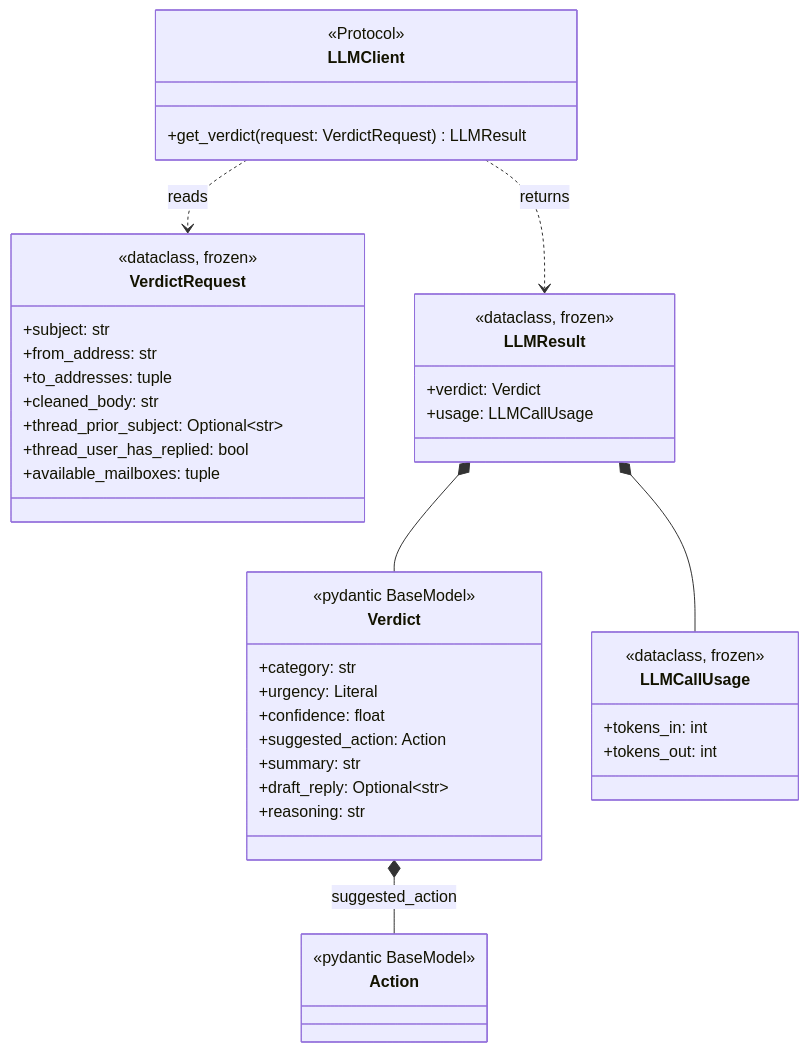
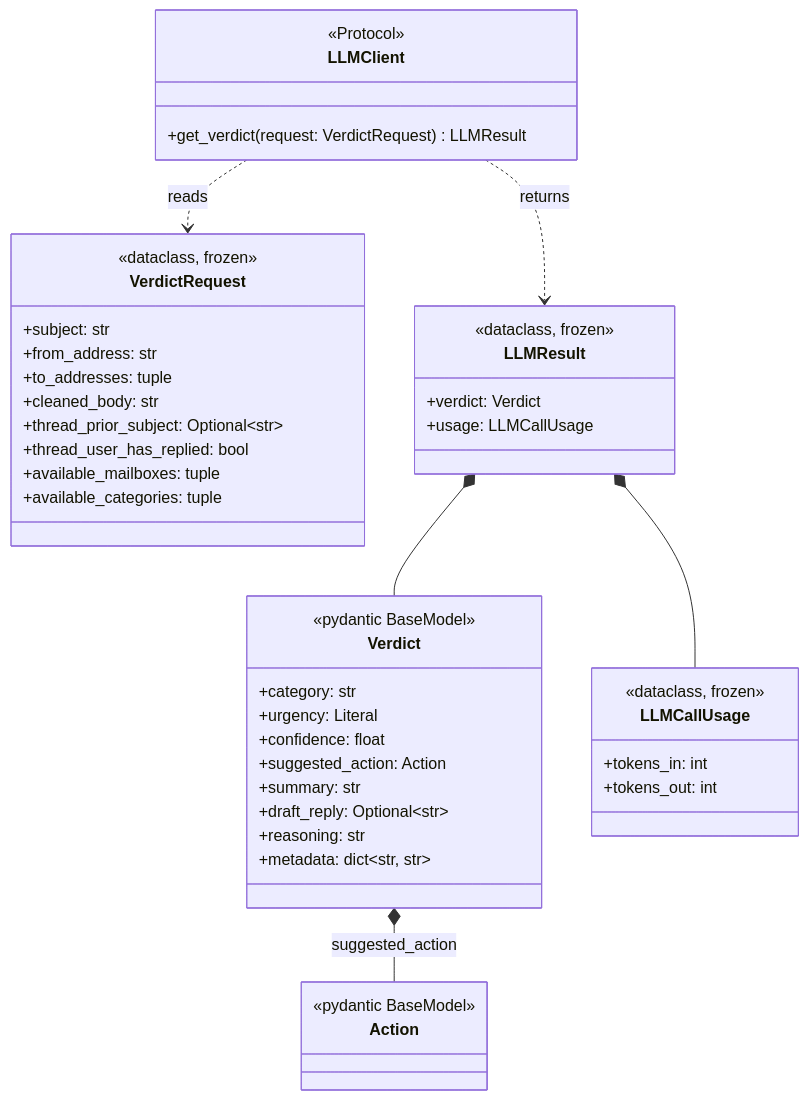
One commit to Stainless5166/friendly-octo-spork changed diagram 14 of 41 in docs/DESIGN.md. Above: the diagram before and after it, drawn with Mermaid. The commit also changed other lines of this file and 2 other files, not shown here.

First line of the commit message:
docs: sync category taxonomy + Verdict.metadata (item 2)

````diff
--- a/docs/DESIGN.md
+++ b/docs/DESIGN.md
@@ -1209,44 +1209,46 @@
 ```mermaid
 classDiagram
     class Action { <<pydantic BaseModel>> }
     class VerdictRequest {
         <<dataclass, frozen>>
         +subject: str
         +from_address: str
         +to_addresses: tuple
         +cleaned_body: str
         +thread_prior_subject: Optional~str~
         +thread_user_has_replied: bool
         +available_mailboxes: tuple
+        +available_categories: tuple
     }
     class Verdict {
         <<pydantic BaseModel>>
         +category: str
         +urgency: Literal
         +confidence: float
         +suggested_action: Action
         +summary: str
         +draft_reply: Optional~str~
         +reasoning: str
+        +metadata: dict~str, str~
     }
     class LLMCallUsage {
         <<dataclass, frozen>>
         +tokens_in: int
         +tokens_out: int
     }
     class LLMResult {
         <<dataclass, frozen>>
         +verdict: Verdict
         +usage: LLMCallUsage
     }
     class LLMClient {
         <<Protocol>>
         +get_verdict(request: VerdictRequest) LLMResult
     }
 
     Verdict *-- Action : suggested_action
     LLMClient ..> VerdictRequest : reads
     LLMResult *-- Verdict
     LLMResult *-- LLMCallUsage
     LLMClient ..> LLMResult : returns
 ```
````
